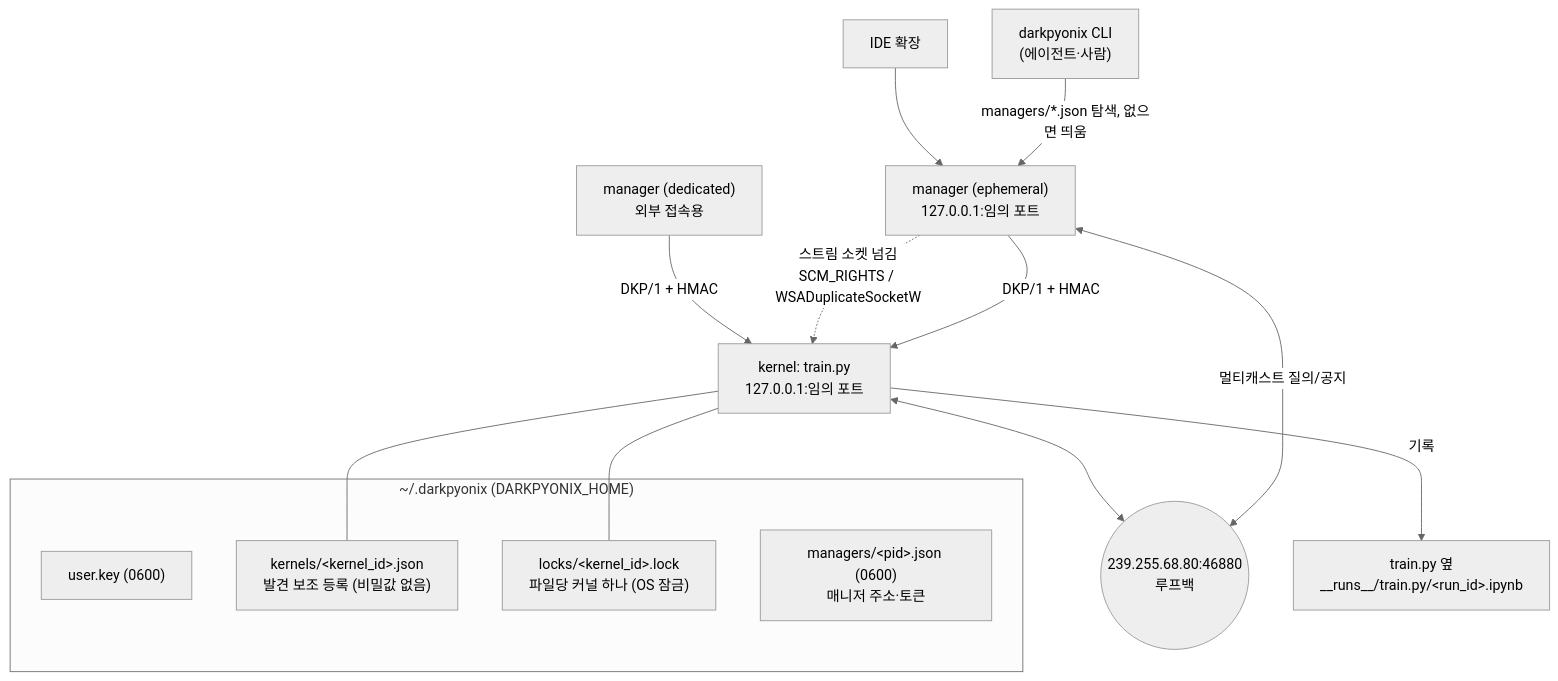
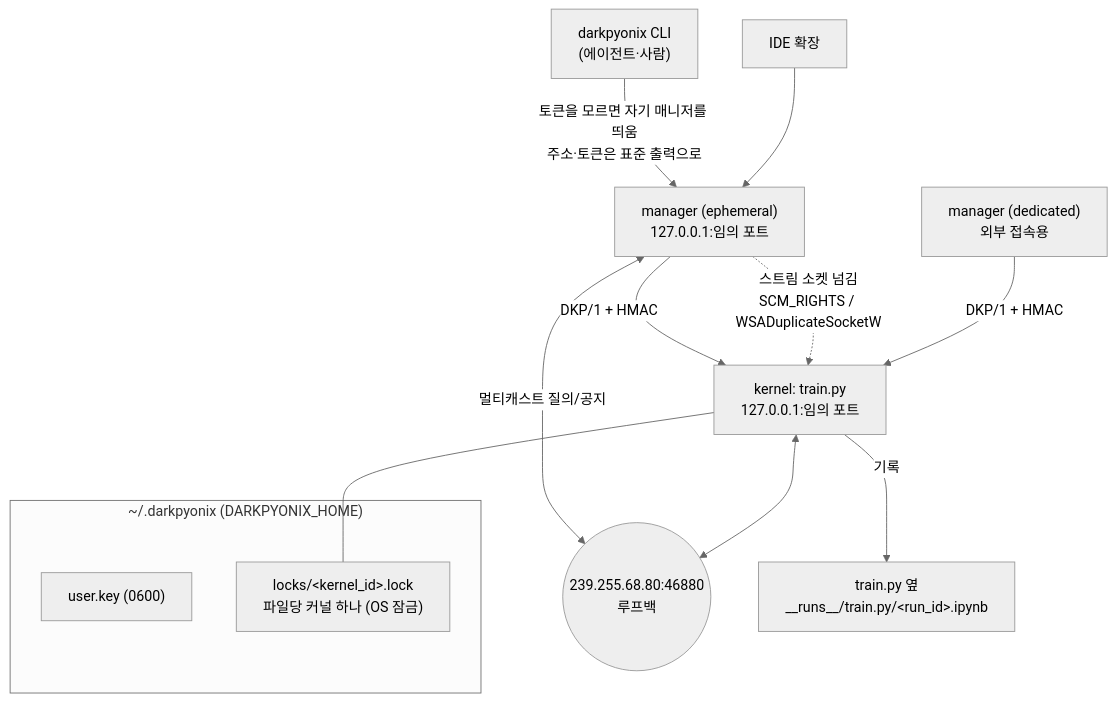
Before and after one commit to DarkPyonix/darkpyonix: the second of 6 diagrams in docs/ARCHITECTURE.md, drawn with Mermaid (neutral theme). The commit also changed other lines of this file and 6 other files, not shown here.

````diff
--- a/docs/ARCHITECTURE.md
+++ b/docs/ARCHITECTURE.md
@@ -64,22 +64,19 @@
 ```mermaid
 flowchart TB
   subgraph Home["~/.darkpyonix  (DARKPYONIX_HOME)"]
     KEY["user.key (0600)"]
-    REG["kernels/&lt;kernel_id&gt;.json<br/>발견 보조 등록 (비밀값 없음)"]
     LOCK["locks/&lt;kernel_id&gt;.lock<br/>파일당 커널 하나 (OS 잠금)"]
-    MAN["managers/&lt;pid&gt;.json (0600)<br/>매니저 주소·토큰"]
   end
 
-  CLI["darkpyonix CLI<br/>(에이전트·사람)"] -->|managers/*.json 탐색, 없으면 띄움| M1
+  CLI["darkpyonix CLI<br/>(에이전트·사람)"] -->|토큰을 모르면 자기 매니저를 띄움<br/>주소·토큰은 표준 출력으로| M1
   IDE2["IDE 확장"] --> M1
   M1["manager (ephemeral)<br/>127.0.0.1:임의 포트"]
   M2["manager (dedicated)<br/>외부 접속용"]
   M1 -->|DKP/1 + HMAC| K["kernel: train.py<br/>127.0.0.1:임의 포트"]
   M1 -.->|스트림 소켓 넘김<br/>SCM_RIGHTS / WSADuplicateSocketW| K
   M2 -->|DKP/1 + HMAC| K
   M1 <-->|멀티캐스트 질의/공지| MC(("239.255.68.80:46880<br/>루프백"))
   K <--> MC
   K --- LOCK
-  K --- REG
   K -->|기록| RUNS["train.py 옆<br/>__runs__/train.py/&lt;run_id&gt;.ipynb"]
 ```
````
